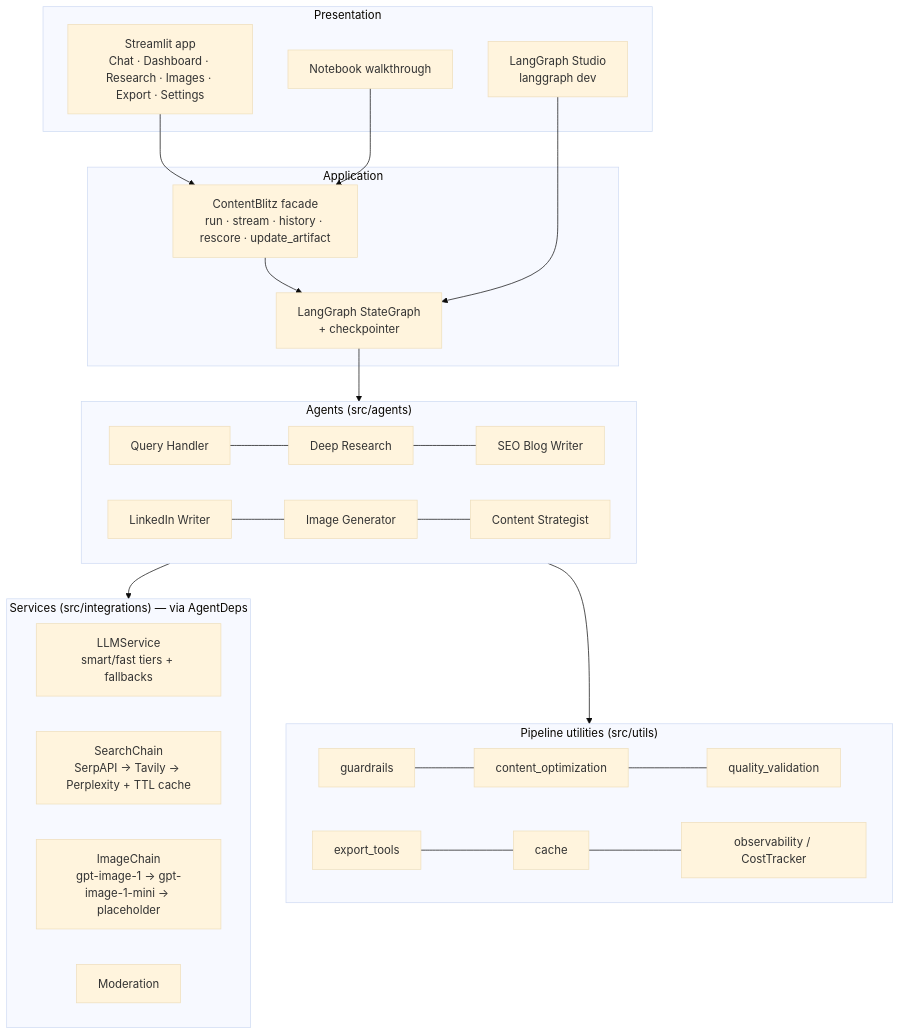
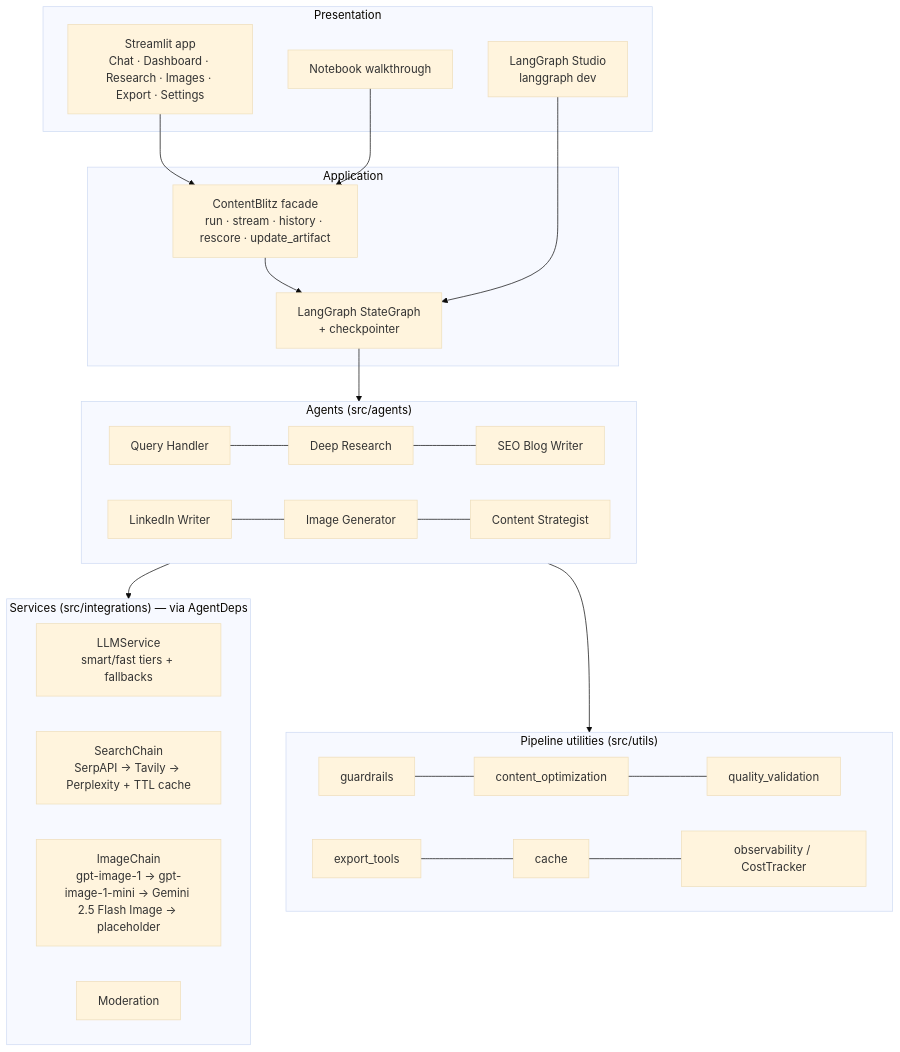
One commit to cinnamon0590/ContentBlitz changed the first of 4 diagrams in docs/architecture.md. Above: the diagram before and after it, drawn with Mermaid (base theme). The commit also changed 13 other files, not shown here.

First line of the commit message:
Add Gemini image fallback for cross-provider redundancy

````diff
--- a/docs/architecture.md
+++ b/docs/architecture.md
@@ -9,29 +9,29 @@
 ```mermaid
 flowchart TB
     subgraph UI["Presentation"]
         ST[Streamlit app<br/>Chat · Dashboard · Research · Images · Export · Settings]
         NB[Notebook walkthrough]
         LGS[LangGraph Studio<br/>langgraph dev]
     end
     subgraph APP["Application"]
         F[ContentBlitz facade<br/>run · stream · history · rescore · update_artifact]
         G[LangGraph StateGraph<br/>+ checkpointer]
     end
     subgraph AG["Agents (src/agents)"]
         QH[Query Handler] --- RA[Deep Research] --- BW[SEO Blog Writer]
         LW[LinkedIn Writer] --- IG[Image Generator] --- CS[Content Strategist]
     end
     subgraph SV["Services (src/integrations) — via AgentDeps"]
         LLM[LLMService<br/>smart/fast tiers + fallbacks]
         SC[SearchChain<br/>SerpAPI → Tavily → Perplexity + TTL cache]
-        IC[ImageChain<br/>gpt-image-1 → gpt-image-1-mini → placeholder]
+        IC[ImageChain<br/>gpt-image-1 → gpt-image-1-mini → Gemini 2.5 Flash Image → placeholder]
         MOD[Moderation]
     end
     subgraph UT["Pipeline utilities (src/utils)"]
         GR[guardrails] --- CO[content_optimization] --- QV[quality_validation]
         EX[export_tools] --- CA[cache] --- OB[observability / CostTracker]
     end
     ST & NB --> F --> G --> AG
     LGS --> G
     AG --> SV & UT
 ```
````
